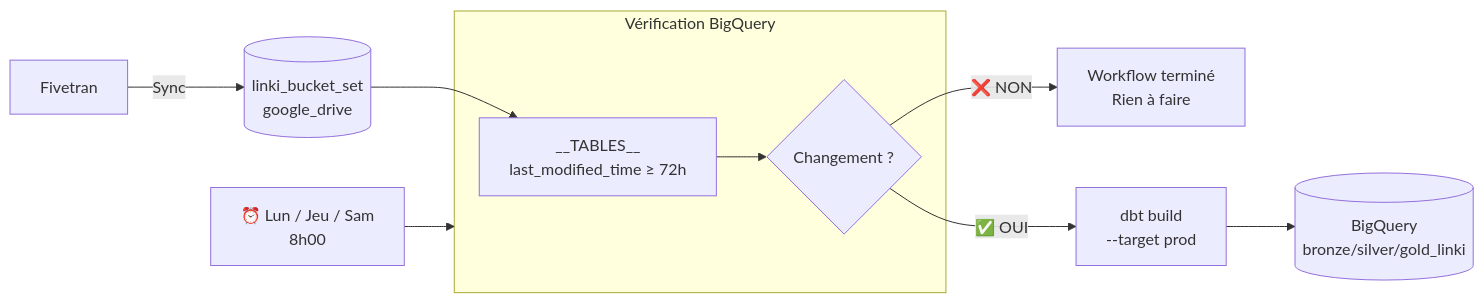
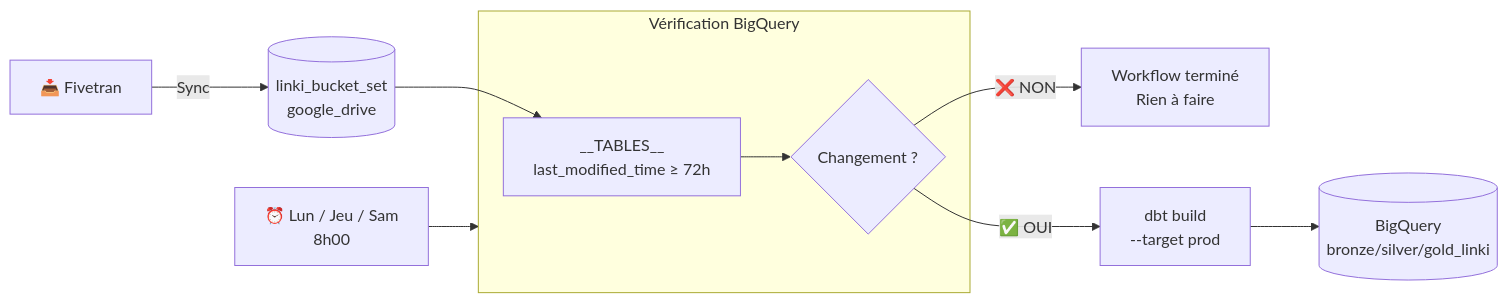
The third of 3 diagrams in README.md (ballates/linkyhub_dbt), drawn with Mermaid before and after one commit. The commit also changed other lines of this file and 3 other files, not shown here.

````diff
--- a/README.md
+++ b/README.md
@@ -259,15 +259,15 @@
 ```mermaid
 flowchart LR
     cron["⏰ Lun / Jeu / Sam\n8h00"] --> check
 
     subgraph check ["Vérification BigQuery"]
         q[__TABLES__\nlast_modified_time ≥ 72h] --> result{Changement ?}
     end
 
-    fivetran[Fivetran] -->|Sync| bq[(linki_bucket_set\ngoogle_drive)]
+    fivetran[📥 Fivetran] -->|Sync| bq[(linki_bucket_set\ngoogle_drive)]
     bq --> q
 
     result -->|❌ NON| stop[Workflow terminé\nRien à faire]
     result -->|✅ OUI| build[dbt build\n--target prod]
     build --> prod[(BigQuery\nbronze/silver/gold_linki)]
 ```
````
